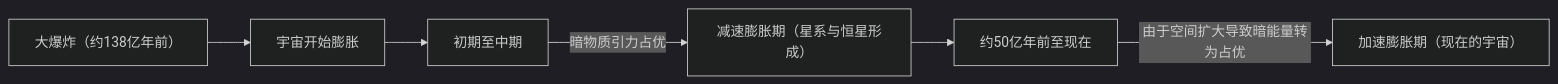
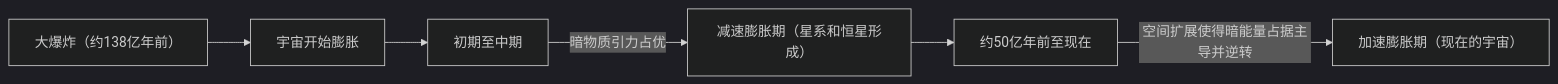
One commit to kenjinote/blog changed the second of 2 diagrams in content/post/dark-matter-dark-energy-mysteries/index.zh-cn.md. Above: the diagram before and after it, drawn with Mermaid (dark theme). The commit also changed other lines of this file and 12 other files, not shown here.

````diff
--- a/content/post/dark-matter-dark-energy-mysteries/index.zh-cn.md
+++ b/content/post/dark-matter-dark-energy-mysteries/index.zh-cn.md
@@ -83,8 +89,8 @@
 ```mermaid
 graph LR
     A["大爆炸（约138亿年前）"] --> B["宇宙开始膨胀"]
     B --> C["初期至中期"]
-    C -->|"暗物质引力占优"| D["减速膨胀期（星系与恒星形成）"]
+    C -- "暗物质引力占优" --> D["减速膨胀期（星系和恒星形成）"]
     D --> E["约50亿年前至现在"]
-    E -->|"由于空间扩大导致暗能量转为占优"| F["加速膨胀期（现在的宇宙）"]
+    E -- "空间扩展使得暗能量占据主导并逆转" --> F["加速膨胀期（现在的宇宙）"]
 ```
````
